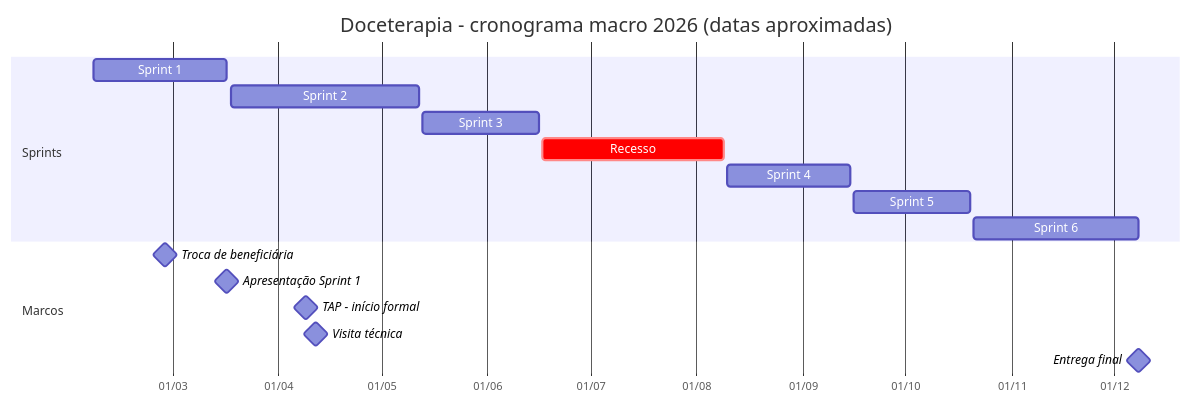
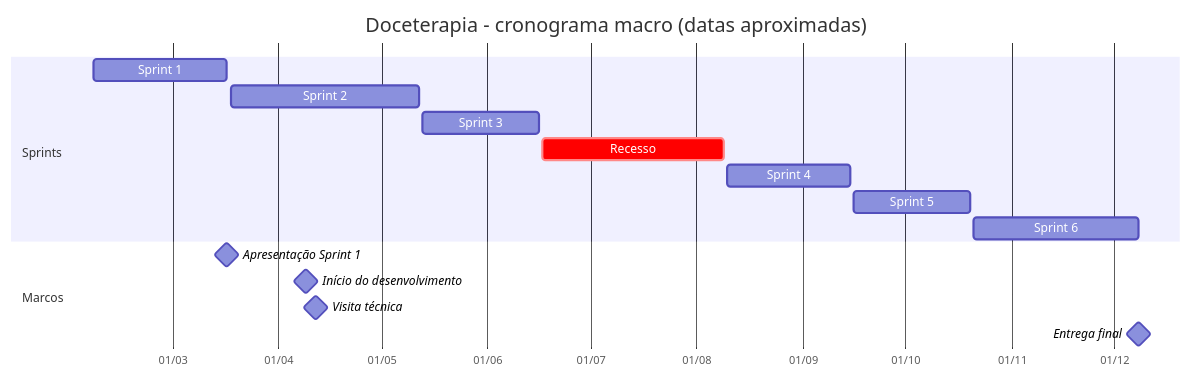
Before and after one commit to projeto-doceterapia/documentacao: the diagram in docs/12-ferramentas-de-planejamento.md, drawn with Mermaid. The commit also changed other lines of this file and 18 other files, not shown here.

````diff
--- a/docs/12-ferramentas-de-planejamento.md
+++ b/docs/12-ferramentas-de-planejamento.md
@@ -28,20 +26,19 @@
 ```mermaid
 gantt
-    title Doceterapia - cronograma macro 2026 (datas aproximadas)
+    title Doceterapia - cronograma macro (datas aproximadas)
     dateFormat YYYY-MM-DD
     axisFormat %d/%m
     section Sprints
     Sprint 1                       :s1, 2026-02-06, 2026-03-17
     Sprint 2                       :s2, 2026-03-18, 2026-05-12
     Sprint 3                       :s3, 2026-05-13, 2026-06-16
     Recesso                        :crit, r, 2026-06-17, 2026-08-09
     Sprint 4                       :s4, 2026-08-10, 2026-09-15
     Sprint 5                       :s5, 2026-09-16, 2026-10-20
     Sprint 6                       :s6, 2026-10-21, 2026-12-08
     section Marcos
-    Troca de beneficiária          :milestone, 2026-02-27, 0d
     Apresentação Sprint 1          :milestone, 2026-03-17, 0d
-    TAP - início formal            :milestone, 2026-04-09, 0d
+    Início do desenvolvimento      :milestone, 2026-04-09, 0d
     Visita técnica                 :milestone, 2026-04-12, 0d
     Entrega final                  :milestone, 2026-12-08, 0d
 ```
````
